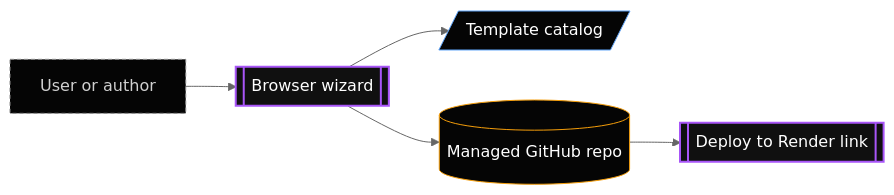
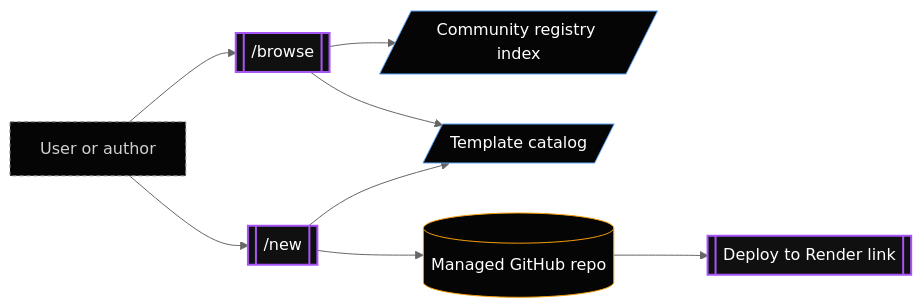
One commit to render-lab/render-agent-harness changed the second of 5 diagrams in docs-site/src/content/docs/ways-to-use.mdx. Above: the diagram before and after it, drawn with Mermaid (neutral theme). The commit also changed other lines of this file and 11 other files, not shown here.

````diff
--- a/docs-site/src/content/docs/ways-to-use.mdx
+++ b/docs-site/src/content/docs/ways-to-use.mdx
@@ -87,22 +91,27 @@
 ```mermaid
 flowchart LR
   person["User or author"]
-  wizard[["Browser wizard"]]
+  browse[["/browse"]]
+  wizard[["/new"]]
   catalog[/"Template catalog"/]
+  community[/"Community registry index"/]
   repo[("Managed GitHub repo")]
   deploy[["Deploy to Render link"]]
 
+  person --> browse
   person --> wizard
+  browse --> community
+  browse --> catalog
   wizard --> catalog
   wizard --> repo
   repo --> deploy
 
   class person role
-  class wizard,deploy surface
-  class catalog config
+  class browse,wizard,deploy surface
+  class catalog,community config
   class repo data
   classDef role fill:#050505,stroke:#8a8a8a,color:#d0d0d0,stroke-dasharray:4 3
   classDef surface fill:#101010,stroke:#a855f7,stroke-width:2px,color:#ffffff
   classDef config fill:#050505,stroke:#60a5fa,color:#ffffff
   classDef data fill:#050505,stroke:#f59e0b,color:#ffffff
 ```
````
